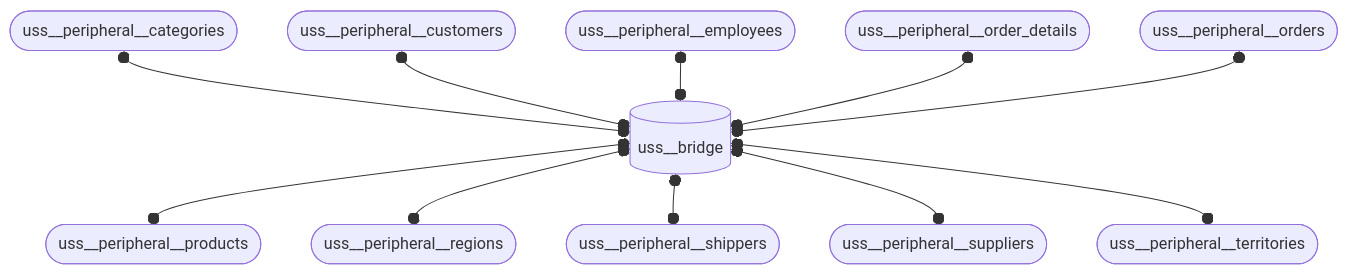
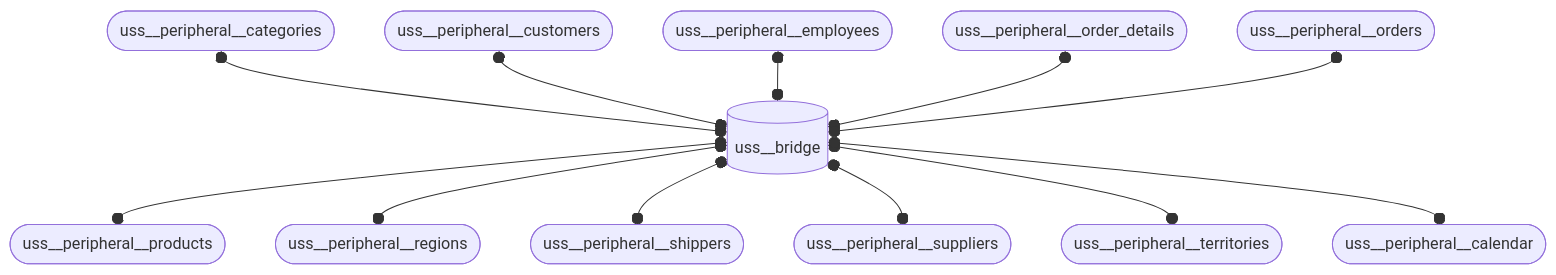
One commit to mattiasthalen/obsidian-insights changed the fourth of 4 diagrams in README.md. Above: the diagram before and after it, drawn with Mermaid. The commit also changed other lines of this file, not shown here.

Commit message:
Change the order of columns in the event bridge example

````diff
--- a/README.md
+++ b/README.md
@@ -170,27 +170,29 @@
 ```mermaid
 flowchart TD
     uss__bridge[("uss__bridge")]
 
     uss__peripheral__categories(["uss__peripheral__categories"])
     uss__peripheral__customers(["uss__peripheral__customers"])
     uss__peripheral__employees(["uss__peripheral__employees"])
     uss__peripheral__order_details(["uss__peripheral__order_details"])
     uss__peripheral__orders(["uss__peripheral__orders"])
     uss__peripheral__products(["uss__peripheral__products"])
     uss__peripheral__regions(["uss__peripheral__regions"])
     uss__peripheral__shippers(["uss__peripheral__shippers"])
     uss__peripheral__suppliers(["uss__peripheral__suppliers"])
     uss__peripheral__territories(["uss__peripheral__territories"])
+    uss__peripheral__calendar(["uss__peripheral__calendar"])
 
     uss__peripheral__categories o--o uss__bridge
     uss__peripheral__customers o--o uss__bridge
     uss__peripheral__employees o--o uss__bridge
     uss__peripheral__order_details o--o uss__bridge
     uss__peripheral__orders o--o uss__bridge
     
     uss__bridge o--o uss__peripheral__products
     uss__bridge o--o uss__peripheral__regions
     uss__bridge o--o uss__peripheral__shippers
     uss__bridge o--o uss__peripheral__suppliers
     uss__bridge o--o uss__peripheral__territories
+    uss__bridge o--o uss__peripheral__calendar
 ```
````
